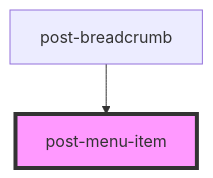
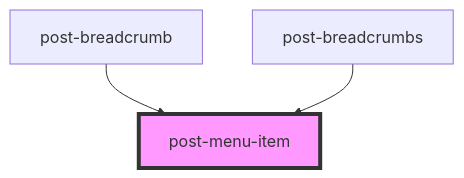
One commit to swisspost/design-system changed the diagram in packages/components/src/components/post-menu-item/readme.md. Above: the diagram before and after it, drawn with Mermaid. The commit also changed other lines of this file and 6 other files, not shown here.

````diff
--- a/packages/components/src/components/post-menu-item/readme.md
+++ b/packages/components/src/components/post-menu-item/readme.md
@@ -15,5 +16,6 @@
 ```mermaid
 graph TD;
   post-breadcrumb --> post-menu-item
+  post-breadcrumbs --> post-menu-item
   style post-menu-item fill:#f9f,stroke:#333,stroke-width:4px
 ```
````
